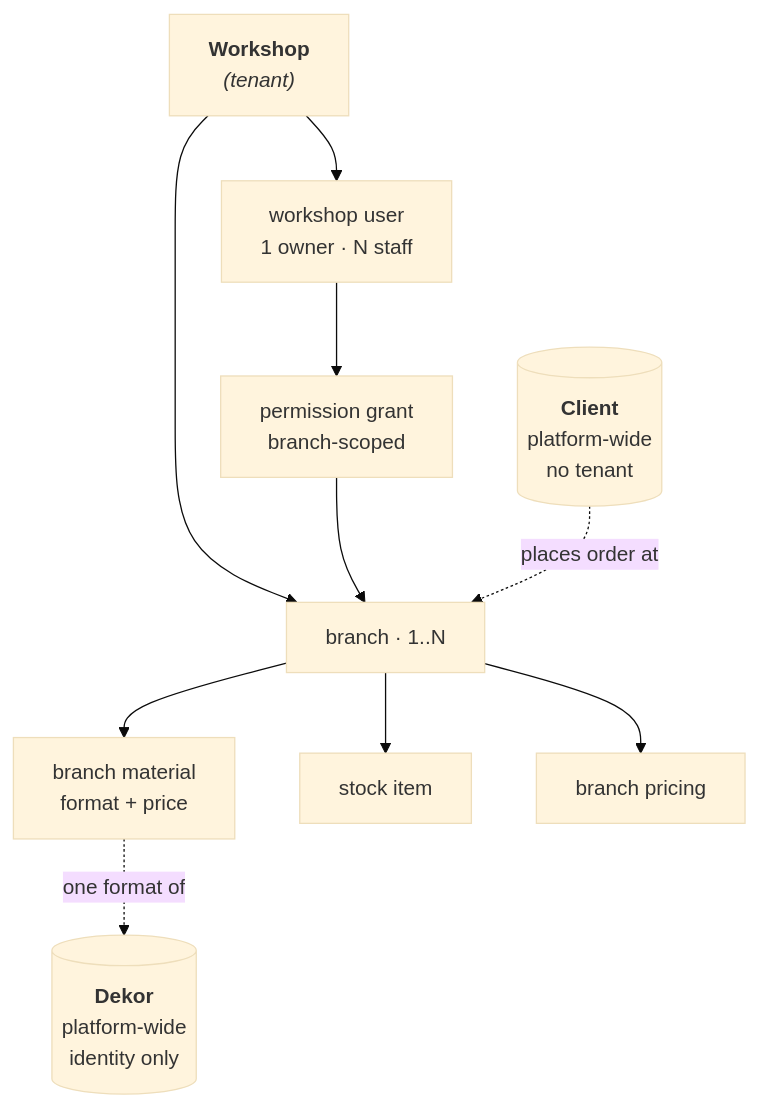
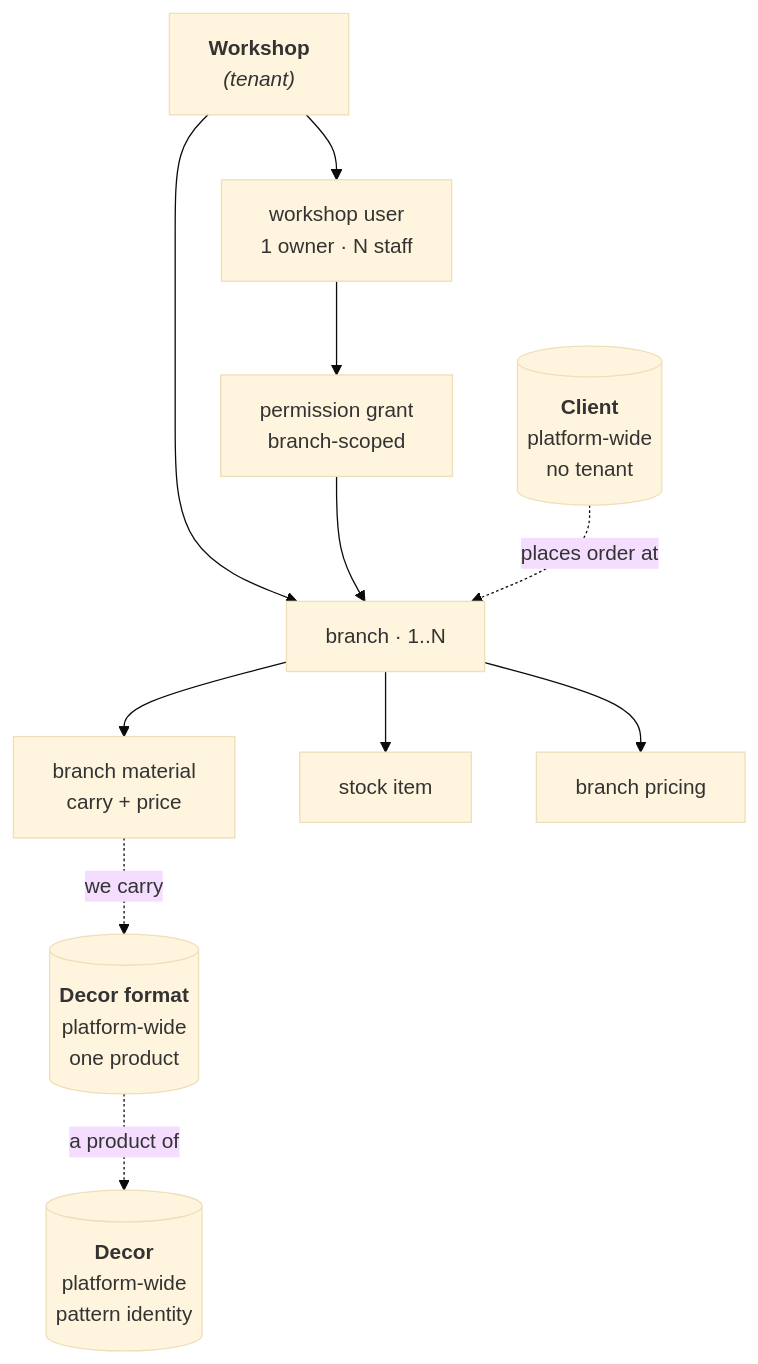
The diagram in docs/access-patterns.md (qadam-uz/mebel-pro), drawn with Mermaid (base theme) before and after one commit. The commit also changed other lines of this file and 181 other files, not shown here.

````diff
--- a/docs/access-patterns.md
+++ b/docs/access-patterns.md
@@ -92,24 +92,26 @@
   ```mermaid
   flowchart TD
-      D[("<b>Dekor</b><br/>platform-wide<br/>identity only")]
+      D[("<b>Decor</b><br/>platform-wide<br/>pattern identity")]
+      DF[("<b>Decor format</b><br/>platform-wide<br/>one product")]
       Cl[("<b>Client</b><br/>platform-wide<br/>no tenant")]
 
       W["<b>Workshop</b><br/><i>(tenant)</i>"]
       WU["workshop user<br/>1 owner · N staff"]
       PG["permission grant<br/>branch-scoped"]
       B["branch · 1..N"]
-      BM["branch material<br/>format + price"]
+      BM["branch material<br/>carry + price"]
       SI["stock item"]
       BP["branch pricing"]
 
       W --> WU
       W --> B
       WU --> PG
       PG --> B
       B --> BM
       B --> SI
       B --> BP
 
-      BM -.->|one format of| D
+      DF -.->|a product of| D
+      BM -.->|we carry| DF
       Cl -.->|places order at| B
   ```
````
